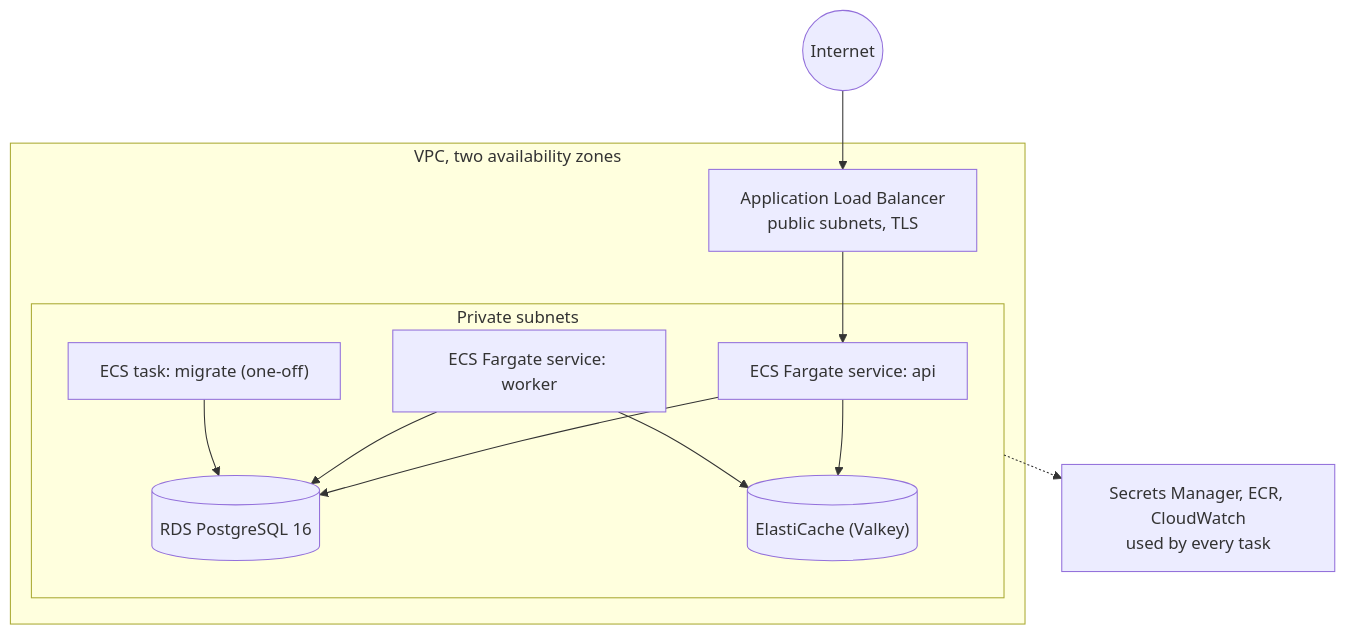
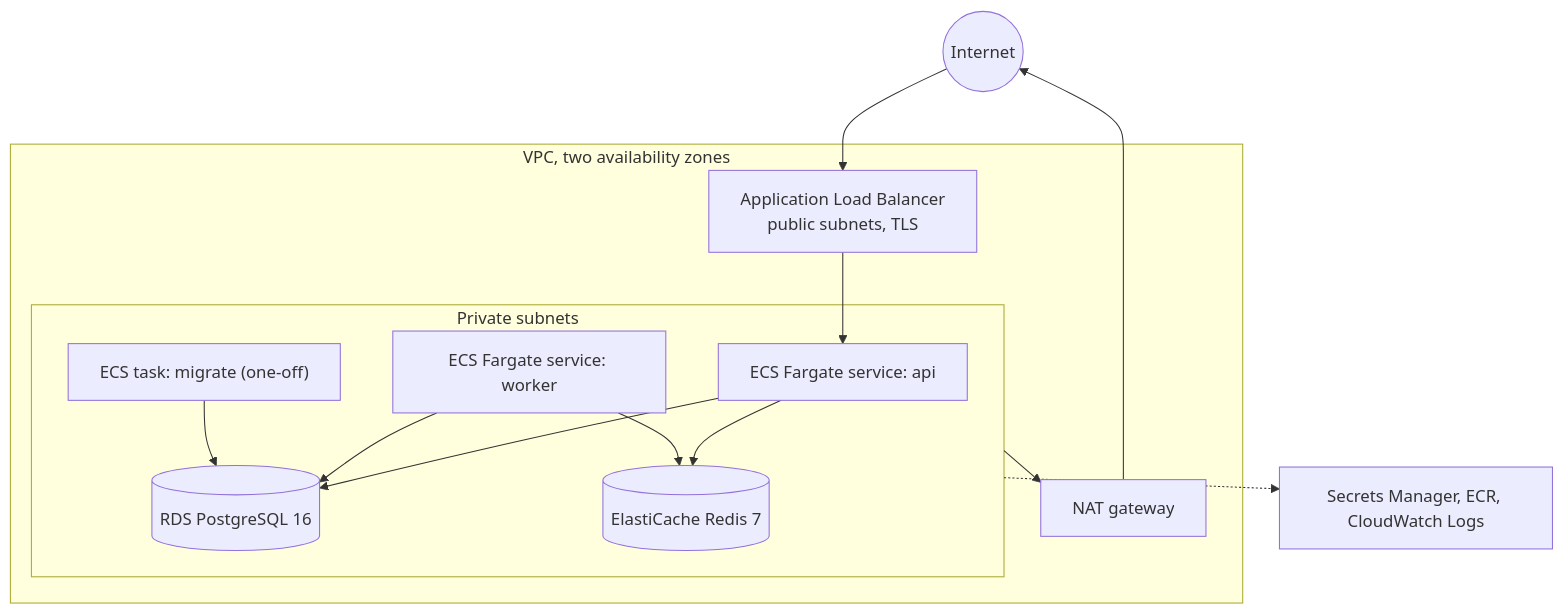
The eighth of 8 diagrams in docs/architecture.md (AaronJAdler/corridor), drawn with Mermaid before and after one commit. The commit also changed other lines of this file and 27 other files, not shown here.

````diff
--- a/docs/architecture.md
+++ b/docs/architecture.md
@@ -923,25 +1485,27 @@
 ```mermaid
 flowchart TB
     internet(("Internet"))
 
     subgraph vpc["VPC, two availability zones"]
         alb["Application Load Balancer<br/>public subnets, TLS"]
+        nat["NAT gateway"]
         subgraph private["Private subnets"]
             api["ECS Fargate service: api"]
             worker["ECS Fargate service: worker"]
             migrate["ECS task: migrate (one-off)"]
             rds[("RDS PostgreSQL 16")]
-            cache[("ElastiCache (Valkey)")]
+            cache[("ElastiCache Redis 7")]
         end
     end
 
-    support["Secrets Manager, ECR, CloudWatch<br/>used by every task"]
+    support["Secrets Manager, ECR, CloudWatch Logs"]
 
     internet --> alb --> api
     api --> rds
     api --> cache
     worker --> rds
     worker --> cache
     migrate --> rds
+    private --> nat --> internet
     private -.-> support
 ```
````
